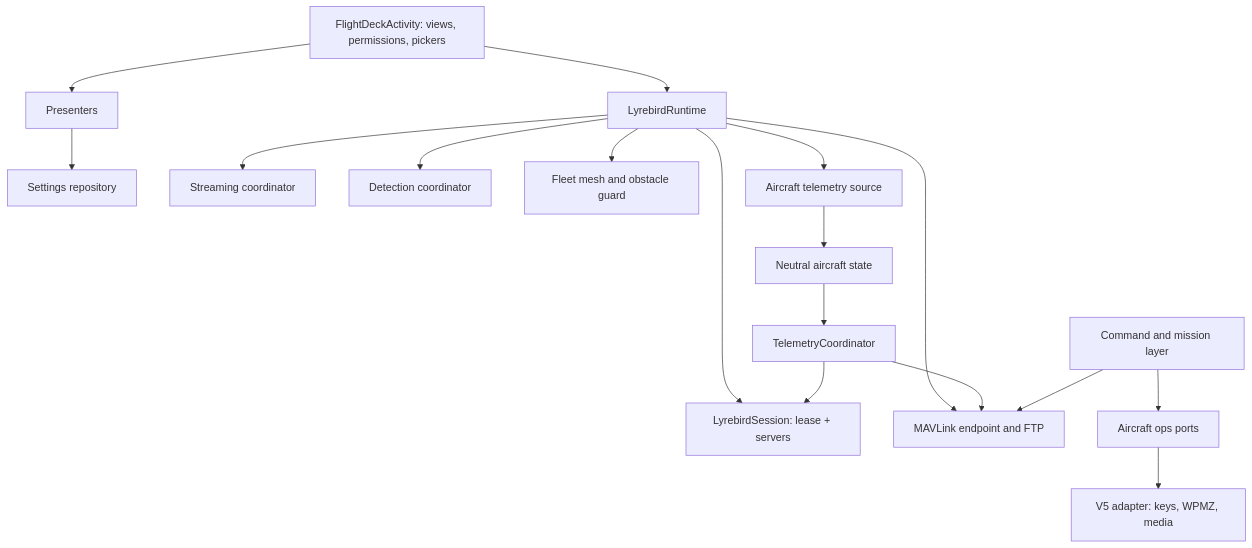
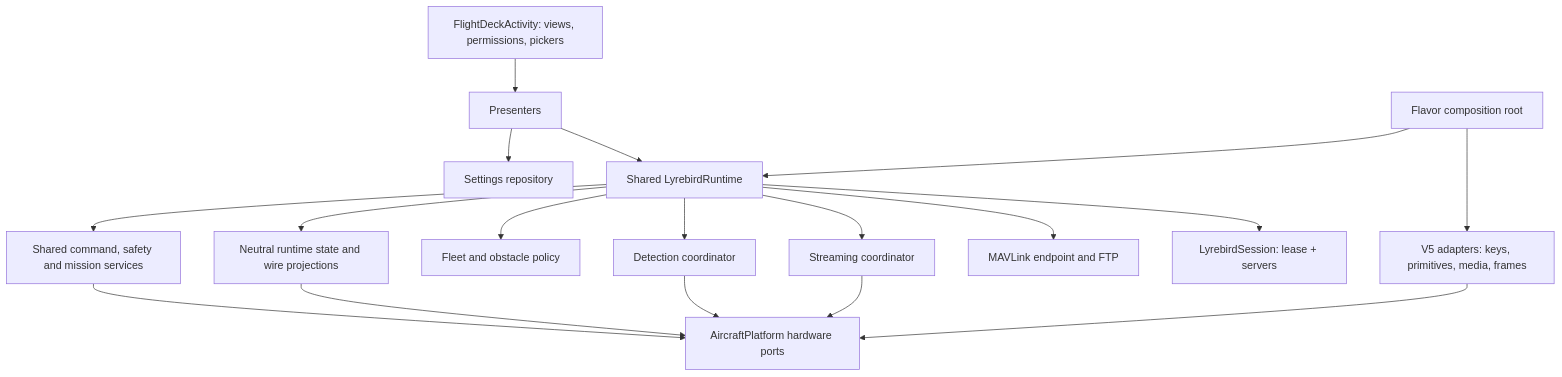
One commit to SDU-UAS-Center/lyrebird changed the diagram in LyrebirdApp/android-sdk-v5-as/FLIGHT_DECK_DECOMPOSITION_PLAN.md. Above: the diagram before and after it, drawn with Mermaid. The commit also changed other lines of this file and 1 other file, not shown here.

First line of the commit message:
Docs: plan the SDK-neutral bridge before the V4 adapter

````diff
--- a/LyrebirdApp/android-sdk-v5-as/FLIGHT_DECK_DECOMPOSITION_PLAN.md
+++ b/LyrebirdApp/android-sdk-v5-as/FLIGHT_DECK_DECOMPOSITION_PLAN.md
@@ -182,19 +212,20 @@
 ```mermaid
 flowchart TD
     UI[FlightDeckActivity: views, permissions, pickers] --> P[Presenters]
-    UI --> RT[LyrebirdRuntime]
+  P --> RT[Shared LyrebirdRuntime]
     P --> SET[Settings repository]
     RT --> SESS[LyrebirdSession: lease + servers]
     RT --> MAV[MAVLink endpoint and FTP]
     RT --> STR[Streaming coordinator]
     RT --> DET[Detection coordinator]
-    RT --> FLEET[Fleet mesh and obstacle guard]
-    RT --> TEL[Aircraft telemetry source]
-    TEL --> NEU[Neutral aircraft state]
-    NEU --> COORD[TelemetryCoordinator]
-    COORD --> MAV
-    COORD --> SESS
-    CMD[Command and mission layer] --> OPS[Aircraft ops ports]
-    OPS --> V5[V5 adapter: keys, WPMZ, media]
-    CMD --> MAV
+  RT --> FLEET[Fleet and obstacle policy]
+  RT --> STATE[Neutral runtime state and wire projections]
+  RT --> CMD[Shared command, safety and mission services]
+  CMD --> OPS[AircraftPlatform hardware ports]
+  STATE --> OPS
+  STR --> OPS
+  DET --> OPS
+  V5[V5 adapters: keys, primitives, media, frames] --> OPS
+  FACTORY[Flavor composition root] --> V5
+  FACTORY --> RT
 ```
````
